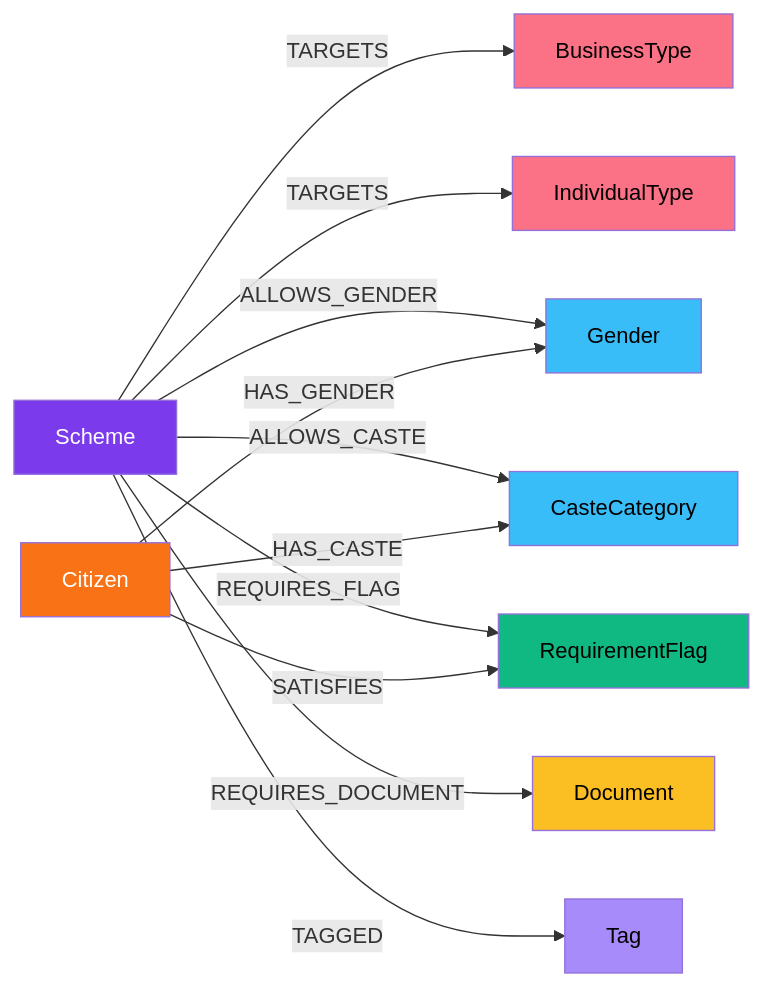
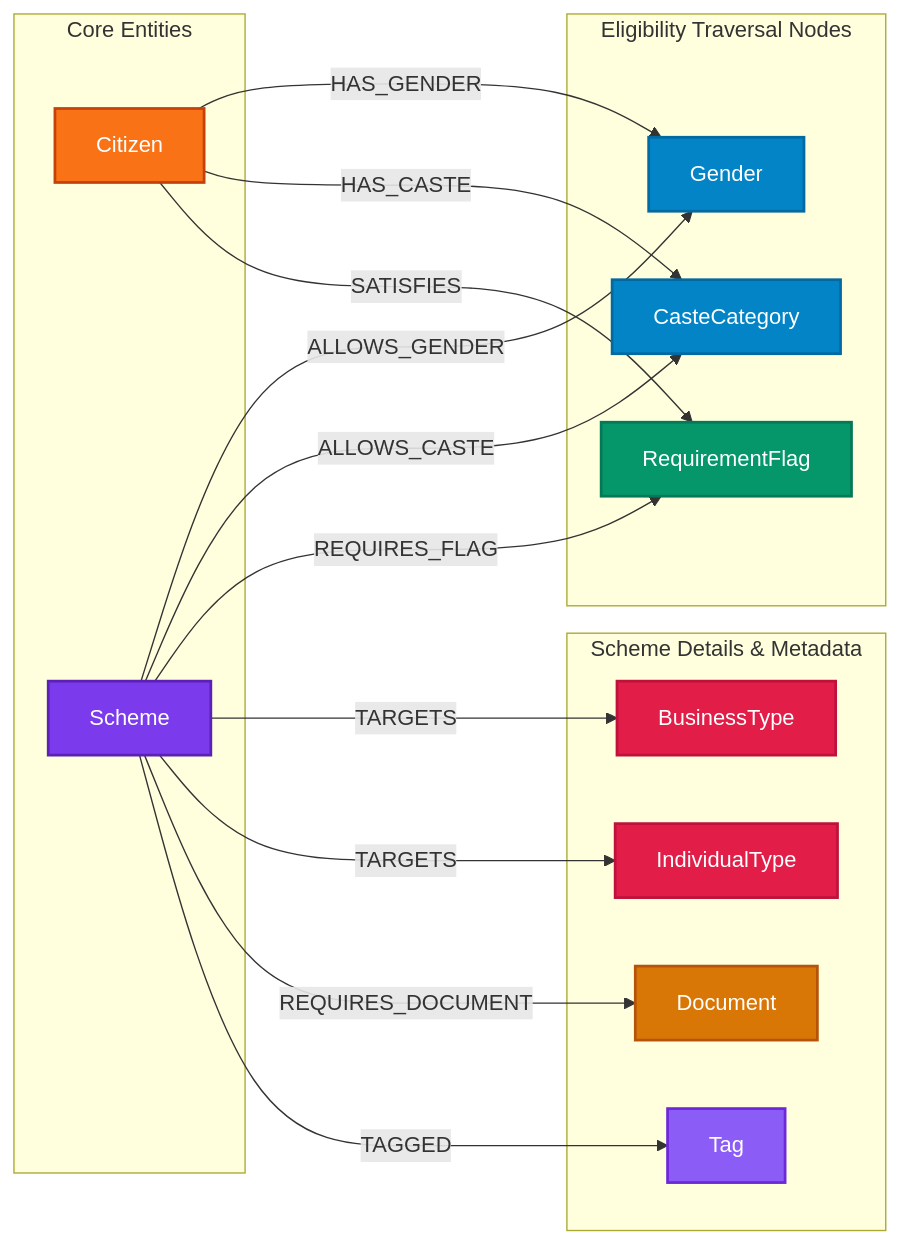
One commit to Mukthanand21/scheme-navigator changed the diagram in README.md. Above: the diagram before and after it, drawn with Mermaid. The commit also changed other lines of this file and 8 other files, not shown here.

````diff
--- a/README.md
+++ b/README.md
@@ -43,23 +64,46 @@
 ```mermaid
-graph LR
-    S["Scheme"] -->|TARGETS| BT["BusinessType"]
-    S -->|TARGETS| IT["IndividualType"]
-    S -->|ALLOWS_GENDER| G["Gender"]
-    S -->|ALLOWS_CASTE| CC["CasteCategory"]
-    S -->|REQUIRES_FLAG| RF["RequirementFlag"]
-    S -->|REQUIRES_DOCUMENT| D["Document"]
-    S -->|TAGGED| T["Tag"]
-    C["Citizen"] -->|HAS_GENDER| G
+flowchart LR
+    subgraph Core ["Core Entities"]
+        C["Citizen"]
+        S["Scheme"]
+    end
+
+    subgraph Eligibility ["Eligibility Traversal Nodes"]
+        G["Gender"]
+        CC["CasteCategory"]
+        RF["RequirementFlag"]
+    end
+
+    subgraph Metadata ["Scheme Details & Metadata"]
+        BT["BusinessType"]
+        IT["IndividualType"]
+        D["Document"]
+        T["Tag"]
+    end
+
+    %% Citizen Traversal Edges
+    C -->|HAS_GENDER| G
     C -->|HAS_CASTE| CC
     C -->|SATISFIES| RF
 
-    style S fill:#7c3aed,color:#fff
-    style C fill:#f97316,color:#fff
-    style G fill:#38bdf8,color:#000
-    style CC fill:#38bdf8,color:#000
-    style RF fill:#10b981,color:#000
-    style T fill:#a78bfa,color:#000
-    style D fill:#fbbf24,color:#000
-    style BT fill:#fb7185,color:#000
-    style IT fill:#fb7185,color:#000
+    %% Scheme Requirement Edges
+    S -->|ALLOWS_GENDER| G
+    S -->|ALLOWS_CASTE| CC
+    S -->|REQUIRES_FLAG| RF
+
+    %% Scheme Metadata Edges
+    S -->|TARGETS| BT
+    S -->|TARGETS| IT
+    S -->|REQUIRES_DOCUMENT| D
+    S -->|TAGGED| T
+
+    style S fill:#7c3aed,color:#fff,stroke:#5b21b6,stroke-width:2px
+    style C fill:#f97316,color:#fff,stroke:#c2410c,stroke-width:2px
+    style G fill:#0284c7,color:#fff,stroke:#0369a1,stroke-width:2px
+    style CC fill:#0284c7,color:#fff,stroke:#0369a1,stroke-width:2px
+    style RF fill:#059669,color:#fff,stroke:#047857,stroke-width:2px
+    style D fill:#d97706,color:#fff,stroke:#b45309,stroke-width:2px
+    style T fill:#8b5cf6,color:#fff,stroke:#6d28d9,stroke-width:2px
+    style BT fill:#e11d48,color:#fff,stroke:#be123c,stroke-width:2px
+    style IT fill:#e11d48,color:#fff,stroke:#be123c,stroke-width:2px
 ```
````
